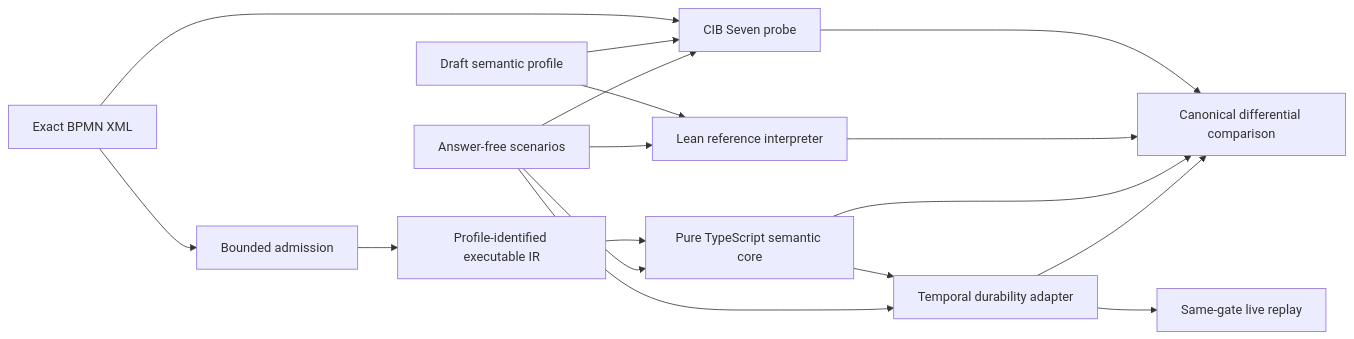
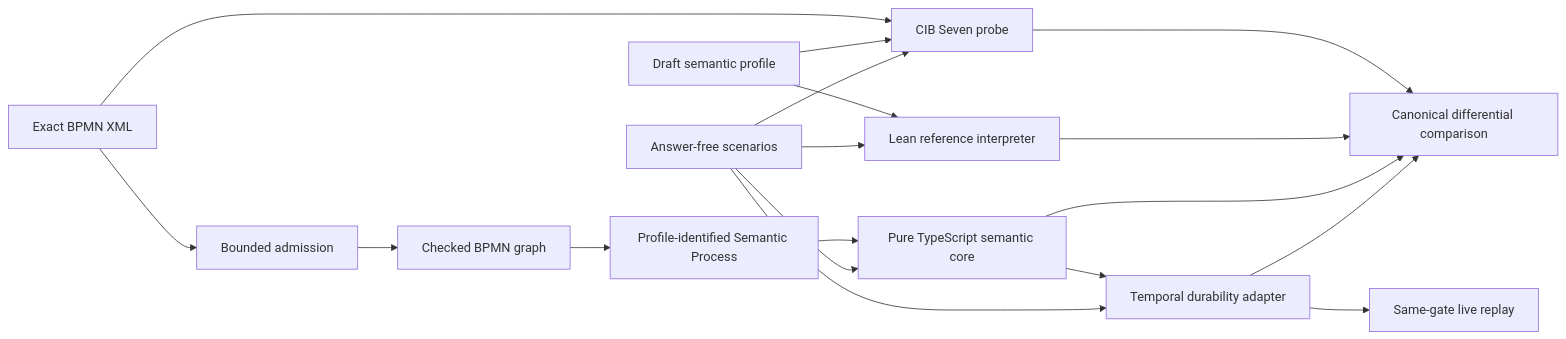
One commit to mbackschat/bpmn-lean-experiment changed the diagram in docs/MVP-WALKTHROUGH.md. Above: the diagram before and after it, drawn with Mermaid. The commit also changed other lines of this file and 45 other files, not shown here.

Commit message:
feat(semantics): lower BPMN into semantic process

````diff
--- a/docs/MVP-WALKTHROUGH.md
+++ b/docs/MVP-WALKTHROUGH.md
@@ -15,21 +15,22 @@
 ```mermaid
 flowchart LR
   XML[Exact BPMN XML] --> Import[Bounded admission]
-  Import --> IR[Profile-identified executable IR]
-  IR --> Core[Pure TypeScript semantic core]
+  Import --> Checked[Checked BPMN graph]
+  Checked --> IL[Profile-identified Semantic Process]
+  IL --> Core[Pure TypeScript semantic core]
   Core --> Temporal[Temporal durability adapter]
 
   XML --> CIB[CIB Seven probe]
   Profile[Draft semantic profile] --> CIB
   Profile --> Lean[Lean reference interpreter]
   Scenario[Answer-free scenarios] --> CIB
   Scenario --> Lean
   Scenario --> Core
   Scenario --> Temporal
 
   CIB --> Diff[Canonical differential comparison]
   Lean --> Diff
   Core --> Diff
   Temporal --> Diff
   Temporal --> Replay[Same-gate live replay]
 ```
````
